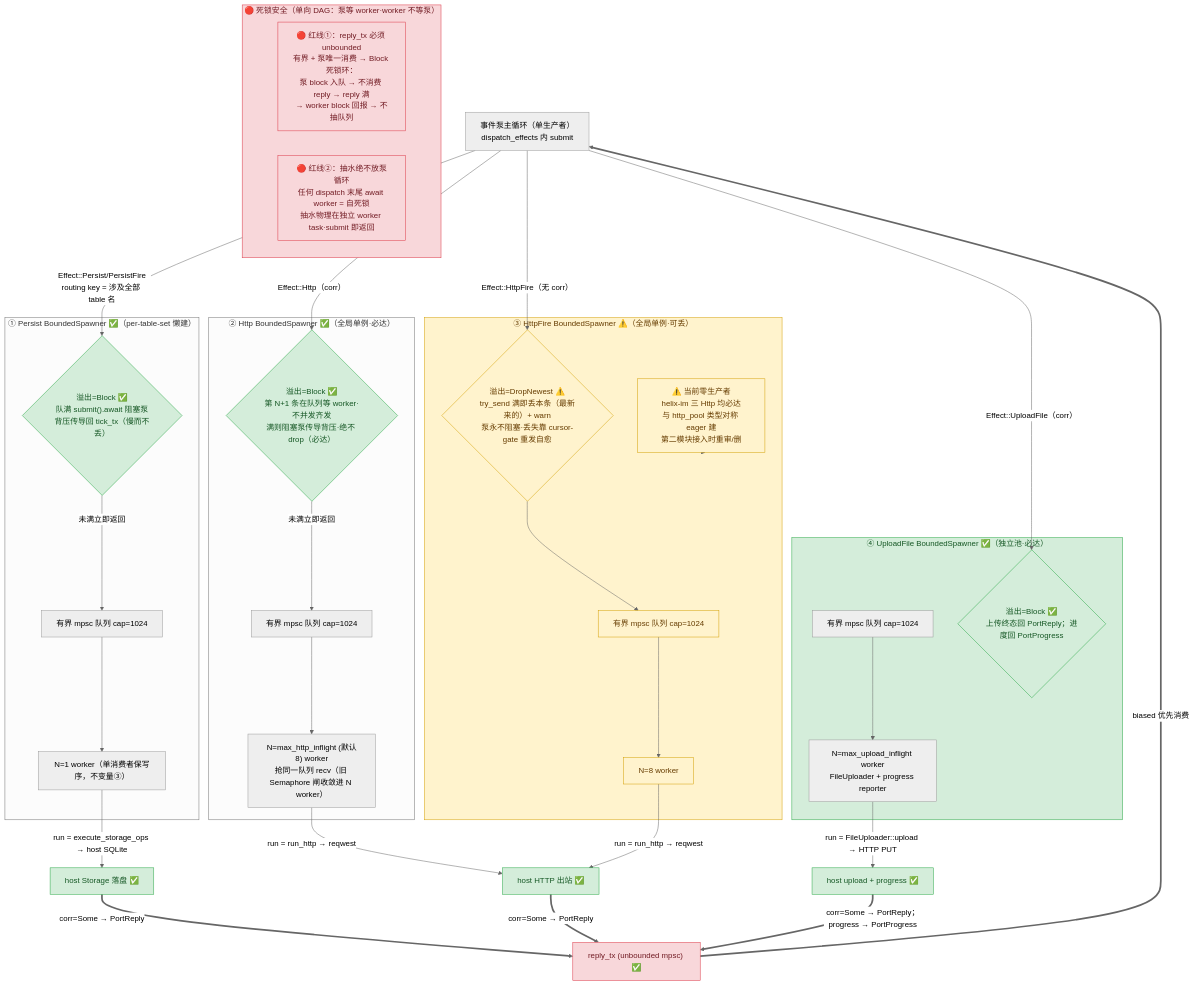
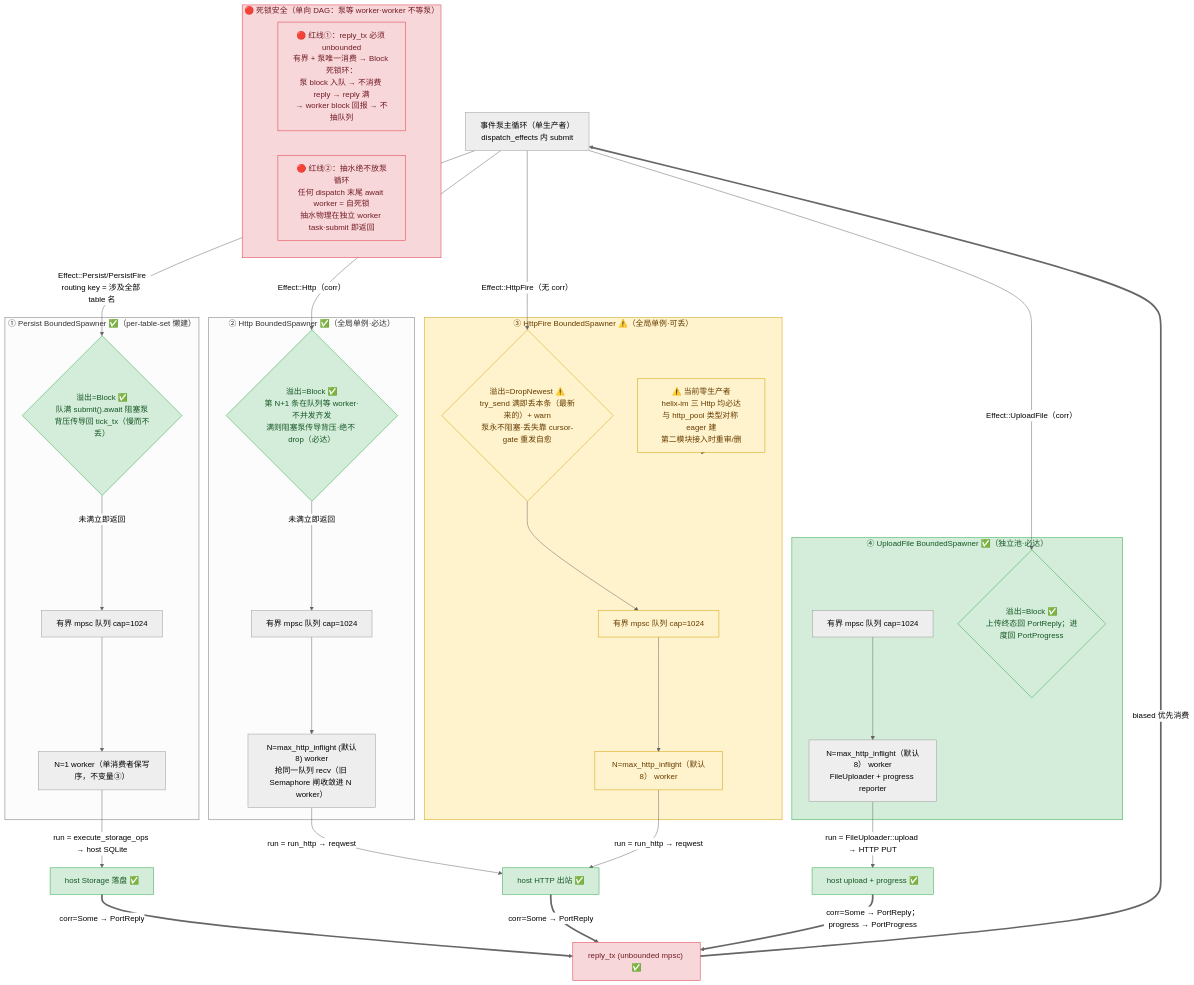
The diagram in crates/helix-driver-native/docs/design/02-bounded-spawner-backpressure.mmd (zxs1633079383/helix), drawn with Mermaid (neutral theme) before and after one commit. The commit also changed 16 other files, not shown here.

```diff
--- a/crates/helix-driver-native/docs/design/02-bounded-spawner-backpressure.mmd
+++ b/crates/helix-driver-native/docs/design/02-bounded-spawner-backpressure.mmd
@@ -1,70 +1,70 @@
 %% helix-driver-native — BoundedSpawner 统一背压模型（刀2-driver）
 %% 真源：helix-driver-host/src/spawner.rs（BoundedSpawner / Overflow / submit）· native 只负责装配
 %% 一个原语四类实例化：有界 mpsc(cap=K) + N worker + 溢出策略 + 独立 unbounded reply_tx
 %% 五不变量见 crate AGENTS.md；🔴 = 死锁红线
 flowchart TD
     PUMP["事件泵主循环（单生产者）<br/>dispatch_effects 内 submit"]
 
     subgraph PERSIST["① Persist BoundedSpawner ✅（per-table-set 懒建）"]
         PQ["有界 mpsc 队列 cap=1024"]
         PW["N=1 worker（单消费者保写序，不变量③）"]
         PQ --> PW
         PO{"溢出=Block ✅<br/>队满 submit().await 阻塞泵<br/>背压传导回 tick_tx（慢而不丢）"}
     end
 
     subgraph HTTP["② Http BoundedSpawner ✅（全局单例·必达）"]
         HQ["有界 mpsc 队列 cap=1024"]
         HW["N=max_http_inflight (默认8) worker<br/>抢同一队列 recv（旧 Semaphore 闸收敛进 N worker）"]
         HQ --> HW
         HO{"溢出=Block ✅<br/>第 N+1 条在队列等 worker·不并发齐发<br/>满则阻塞泵传导背压·绝不 drop（必达）"}
     end
 
     subgraph HTTPFIRE["③ HttpFire BoundedSpawner ⚠️（全局单例·可丢）"]
         FQ["有界 mpsc 队列 cap=1024"]
-        FW["N=8 worker"]
+        FW["N=max_http_inflight（默认8） worker"]
         FQ --> FW
         FO{"溢出=DropNewest ⚠️<br/>try_send 满即丢本条（最新来的）+ warn<br/>泵永不阻塞·丢失靠 cursor-gate 重发自愈"}
         FNOTE["⚠️ 当前零生产者<br/>helix-im 三 Http 均必达<br/>与 http_pool 类型对称 eager 建<br/>第二模块接入时重审/删"]
     end
 
     subgraph UPLOAD["④ UploadFile BoundedSpawner ✅（独立池·必达）"]
         UQ["有界 mpsc 队列 cap=1024"]
-        UW["N=max_upload_inflight worker<br/>FileUploader + progress reporter"]
+        UW["N=max_http_inflight（默认8） worker<br/>FileUploader + progress reporter"]
         UO{"溢出=Block ✅<br/>上传终态回 PortReply；进度回 PortProgress"}
         UQ --> UW
     end
 
     PUMP -->|"Effect::Persist/PersistFire<br/>routing key = 涉及全部 table 名"| PO
     PUMP -->|"Effect::Http（corr）"| HO
     PUMP -->|"Effect::HttpFire（无 corr）"| FO
     PUMP -->|"Effect::UploadFile（corr）"| UO
 
     PO -->|未满立即返回| PQ
     HO -->|未满立即返回| HQ
     FO --> FQ
     FNOTE -.-> HTTPFIRE
 
     %% ── worker 抽水（独立 task，红线②）──
     PW -->|"run = execute_storage_ops → host SQLite"| PIO["host Storage 落盘 ✅"]
     HW -->|"run = run_http → reqwest"| HIO["host HTTP 出站 ✅"]
     FW -->|"run = run_http → reqwest"| HIO
     UW -->|"run = FileUploader::upload → HTTP PUT"| UIO["host upload + progress ✅"]
 
     %% ── PortReply 回灌（独立 unbounded，红线①）──
     RTX["reply_tx (unbounded mpsc) ✅"]
     PIO ==>|"corr=Some → PortReply"| RTX
     HIO ==>|"corr=Some → PortReply"| RTX
     UIO ==>|"corr=Some → PortReply；progress → PortProgress"| RTX
     RTX ==>|biased 优先消费| PUMP
 
     subgraph REDLINE["🔴 死锁安全（单向 DAG：泵等 worker·worker 不等泵）"]
         R1["🔴 红线①：reply_tx 必须 unbounded<br/>有界 + 泵唯一消费 → Block 死锁环：<br/>泵 block 入队 → 不消费 reply → reply 满<br/>→ worker block 回报 → 不抽队列"]
         R2["🔴 红线②：抽水绝不放泵循环<br/>任何 dispatch 末尾 await worker = 自死锁<br/>抽水物理在独立 worker task·submit 即返回"]
     end
 
     classDef gap fill:#fff3cd,stroke:#d39e00,color:#663c00
     classDef red fill:#f8d7da,stroke:#dc3545,color:#721c24
     classDef ok fill:#d4edda,stroke:#28a745,color:#155724
     class FO,FW,FQ,FNOTE,HTTPFIRE gap
     class RTX,R1,R2,REDLINE red
     class PO,HO,UPLOAD,UO,PIO,HIO,UIO ok
```
